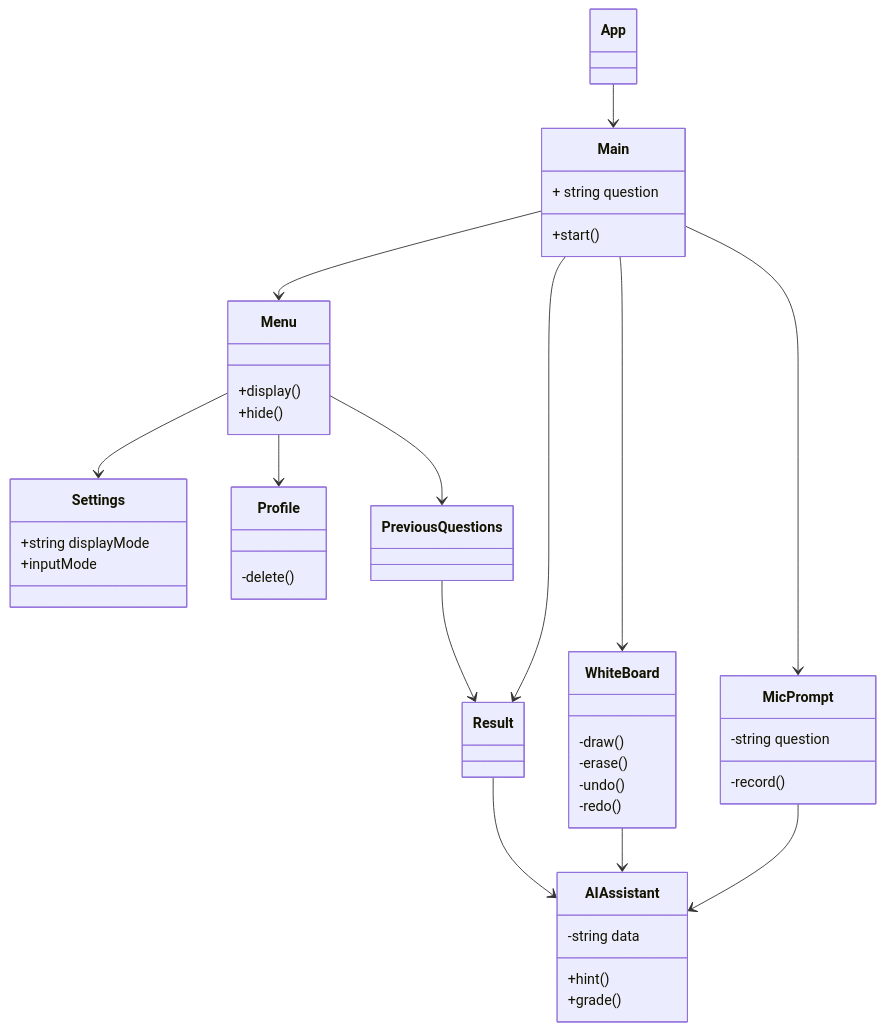
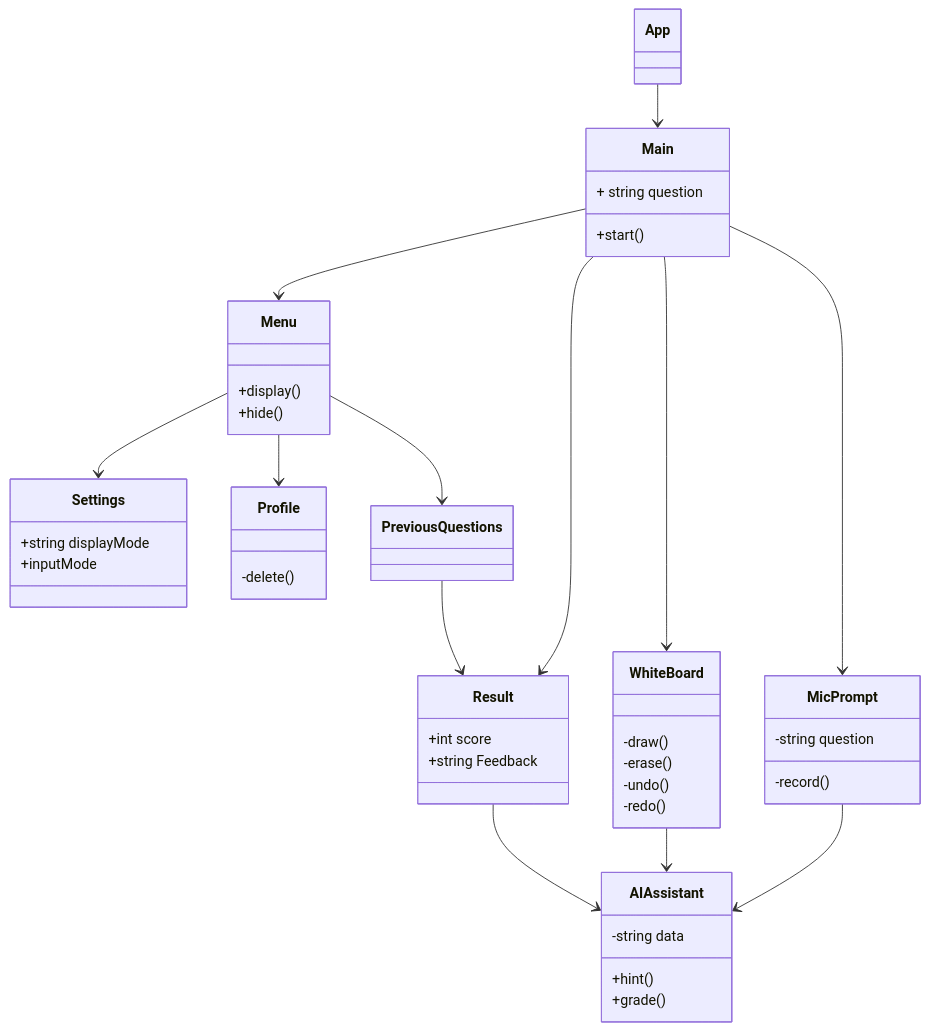
The diagram in documentation/docs/system-architecture/Class Diagrams.md (capstone-projects-2024-fall/project-whiteboardflow), drawn with Mermaid before and after one commit.

Commit message:
Update Class Diagrams.md

````diff
--- a/documentation/docs/system-architecture/Class Diagrams.md
+++ b/documentation/docs/system-architecture/Class Diagrams.md
@@ -7,45 +7,48 @@
 ```mermaid
 
 classDiagram
 
   App --> Main
   Main --> Menu
   Menu --> Settings
   Menu --> Profile
   Menu --> PreviousQuestions
   Main --> WhiteBoard
   Main --> MicPrompt
   MicPrompt --> AIAssistant
   WhiteBoard --> AIAssistant
   Main --> Result
   PreviousQuestions --> Result
   Result --> AIAssistant
 
   Whiteboard -string question
   WhiteBoard: -draw()
   WhiteBoard: -erase()
   WhiteBoard: -undo()
   WhiteBoard: -redo()
 
   Main: + string question
   Main: +start()
 
   Menu: +display()
   Menu: +hide()
 
   MicPrompt: -string question
   MicPrompt: -record()
+
+  Result: +int score
+  Result: +string Feedback
   
   AIAssistant: -string data
   AIAssistant: +hint()
   AIAssistant: +grade()
 
   Settings: +string displayMode
   Settings: +inputMode
 
   Profile: -delete()
 
 
 
 
 ```
````
